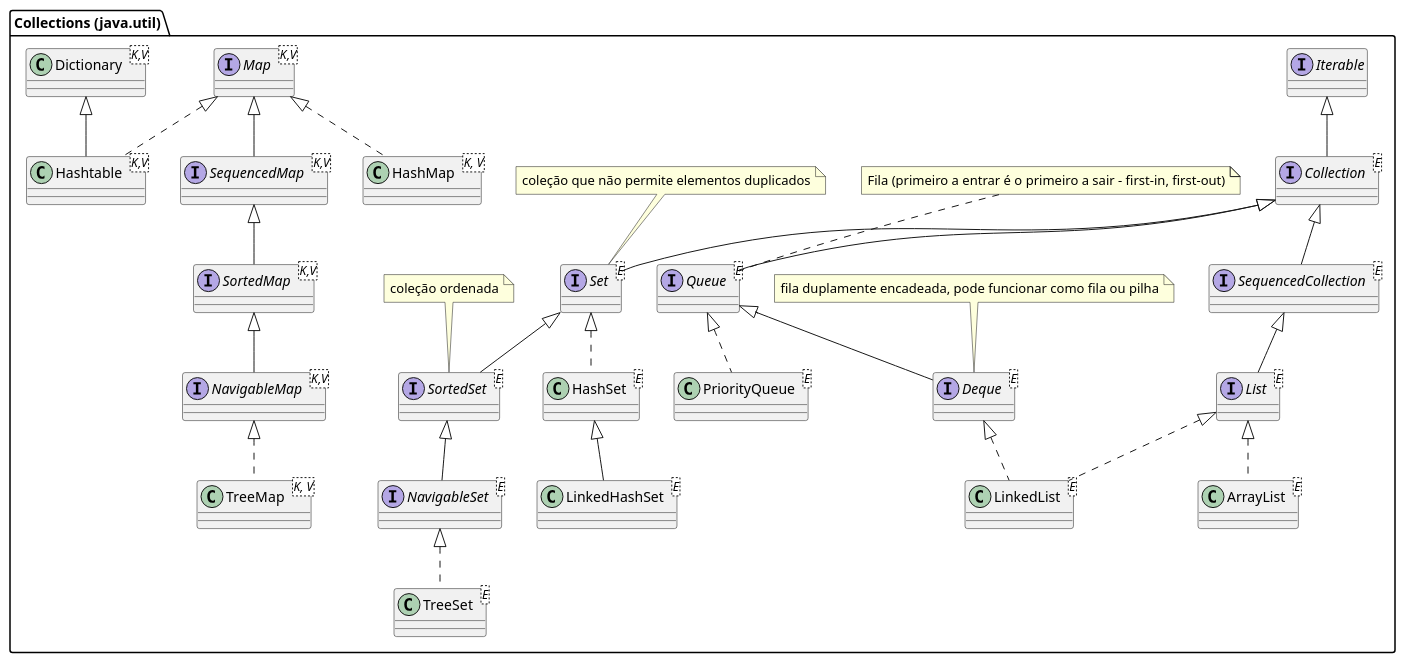
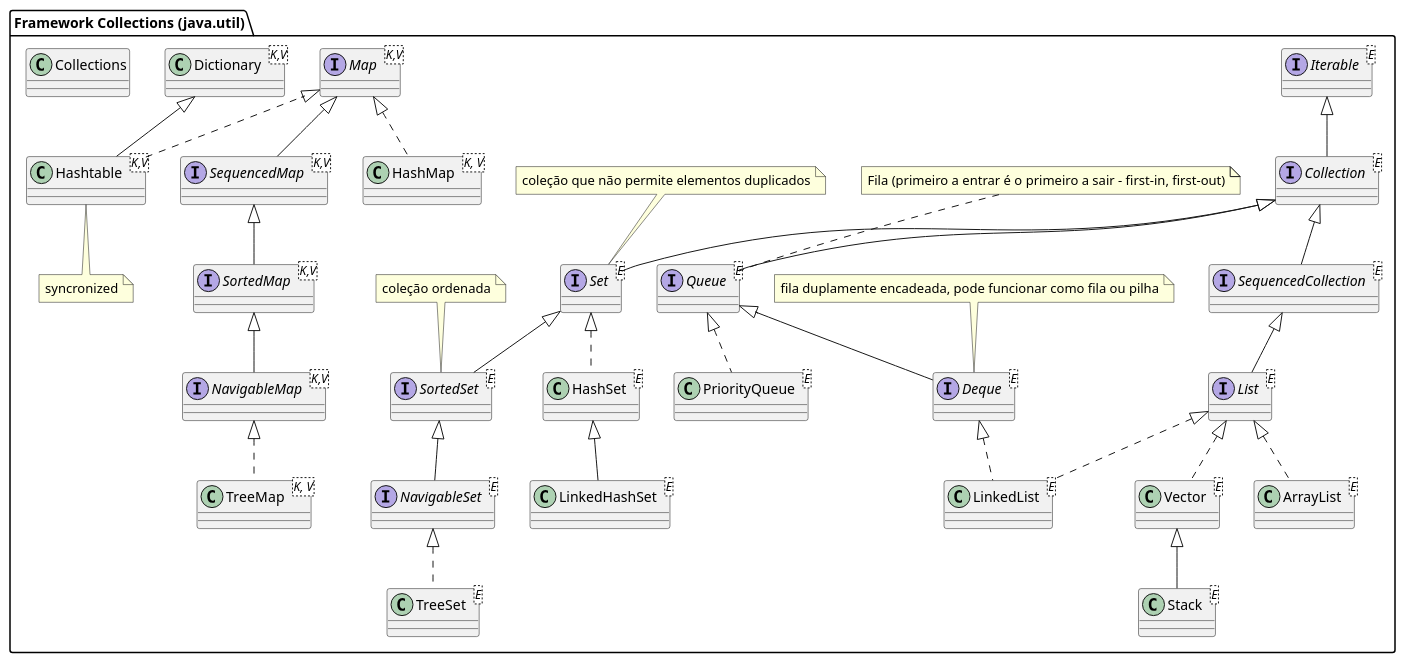
One commit to caioamorim7/poo changed the diagram in lectures/examples/13-collections/doc/collections-names.plantuml. Above: the diagram before and after it, drawn with PlantUML. The commit also changed 1 other file, not shown here.

Commit message:
collection

```diff
--- a/lectures/examples/13-collections/doc/collections-names.plantuml
+++ b/lectures/examples/13-collections/doc/collections-names.plantuml
@@ -1,92 +1,107 @@
 @startuml collections-names
 
 set separator ::
 
-package "Collections (java.util)" {
+package "Framework Collections (java.util)" {
 
-    interface Collection<E> extends Iterable{
+    interface Iterable<E> {
+    }
+
+    interface Collection<E> extends Iterable<E>{
     }
 
     interface SequencedCollection<E> extends Collection<E>{
     }
 
     interface List<E> extends SequencedCollection<E> {
 
     }
 
+    class Vector<E> implements List<E> { 
+        
+    }
+
+    class Stack<E> extends Vector<E> { 
+
+    }
 
     interface Set<E> extends Collection<E> {
     }
     note top: coleção que não permite elementos duplicados
 
     interface SortedSet<E> extends Set<E> {
 
     }
     note top: coleção ordenada
 
     interface NavigableSet<E> extends SortedSet<E>{
 
     }
 
     interface Queue<E> extends Collection<E> {
 
     }
     note top: Fila (primeiro a entrar é o primeiro a sair - first-in, first-out)
 
     interface Deque<E> extends Queue<E> {
 
     }
     note top: fila duplamente encadeada, pode funcionar como fila ou pilha
 
     interface Map<K,V> {
     }
 
     interface SequencedMap<K,V> extends Map<K,V> {
     }
 
     interface SortedMap<K,V> extends SequencedMap<K,V> {
     }
 
     interface NavigableMap<K,V> extends SortedMap<K,V>{
 
     }
 
     class ArrayList<E> implements List<E>{
 
     }
 
     class LinkedList<E> implements List, Deque<E>{
 
     }
 
     class HashSet<E> implements Set<E> {
 
     }
 
     class LinkedHashSet<E> extends HashSet<E> {
         
     }
 
     class TreeSet<E> implements NavigableSet<E>{
     }
 
     class HashMap<K, V> implements Map<K, V> {
     }
 
     class TreeMap<K, V> implements NavigableMap<K, V> {
     }
 
     class PriorityQueue<E> implements Queue<E>{
     }
 
     class Dictionary<K,V> {
 
     }
 
     class Hashtable<K,V> extends Dictionary<K,V> implements Map<K,V>{
 
     }
+    note bottom: syncronized
+
+    class Collections {
+
+    }
     
 }
 
 @enduml
```
